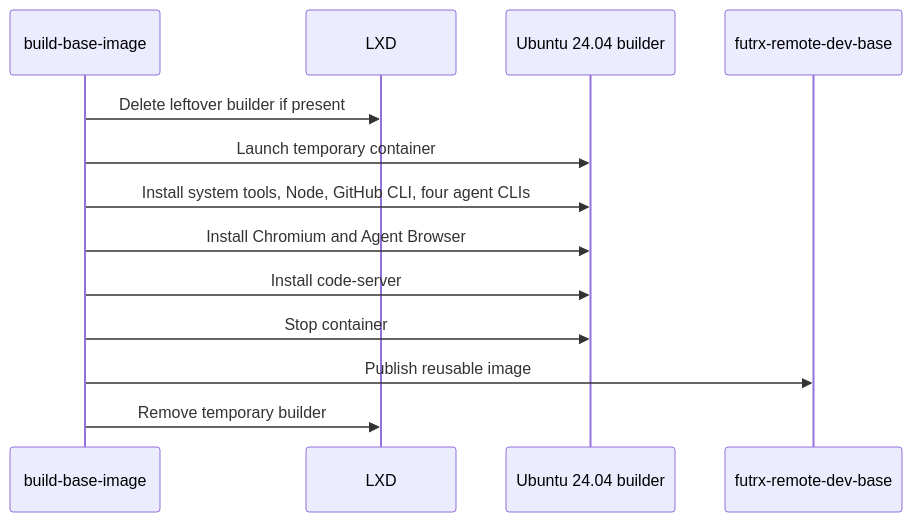
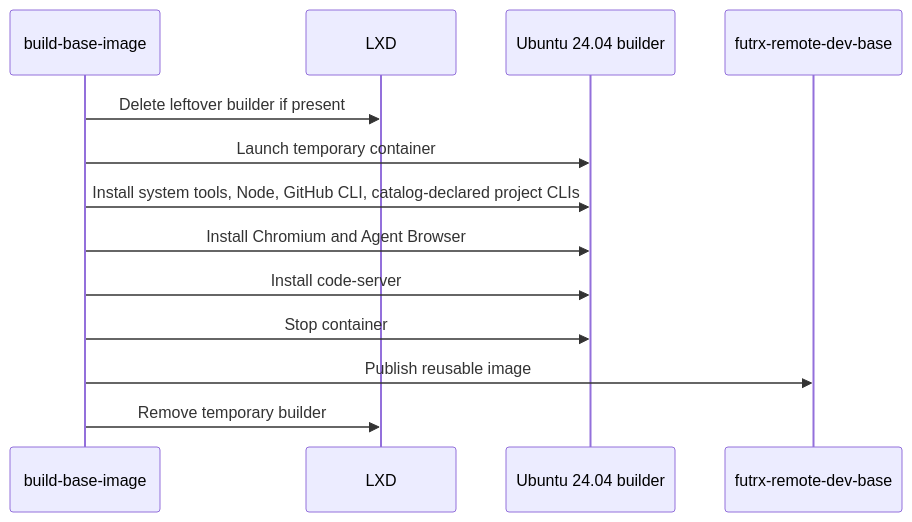
The fourth of 6 diagrams in docs/04-operations/09-deployment-and-operations.md (AbdallahMohamedDotnet/remote.futrx), drawn with Mermaid before and after one commit. The commit also changed other lines of this file and 27 other files, not shown here.

````diff
--- a/docs/04-operations/09-deployment-and-operations.md
+++ b/docs/04-operations/09-deployment-and-operations.md
@@ -72,16 +112,16 @@
 ```mermaid
 sequenceDiagram
     participant Builder as build-base-image
     participant LXD
     participant Ubuntu as Ubuntu 24.04 builder
     participant Alias as futrx-remote-dev-base
 
     Builder->>LXD: Delete leftover builder if present
     Builder->>Ubuntu: Launch temporary container
-    Builder->>Ubuntu: Install system tools, Node, GitHub CLI, four agent CLIs
+    Builder->>Ubuntu: Install system tools, Node, GitHub CLI, catalog-declared project CLIs
     Builder->>Ubuntu: Install Chromium and Agent Browser
     Builder->>Ubuntu: Install code-server
     Builder->>Ubuntu: Stop container
     Builder->>Alias: Publish reusable image
     Builder->>LXD: Remove temporary builder
 ```
````
